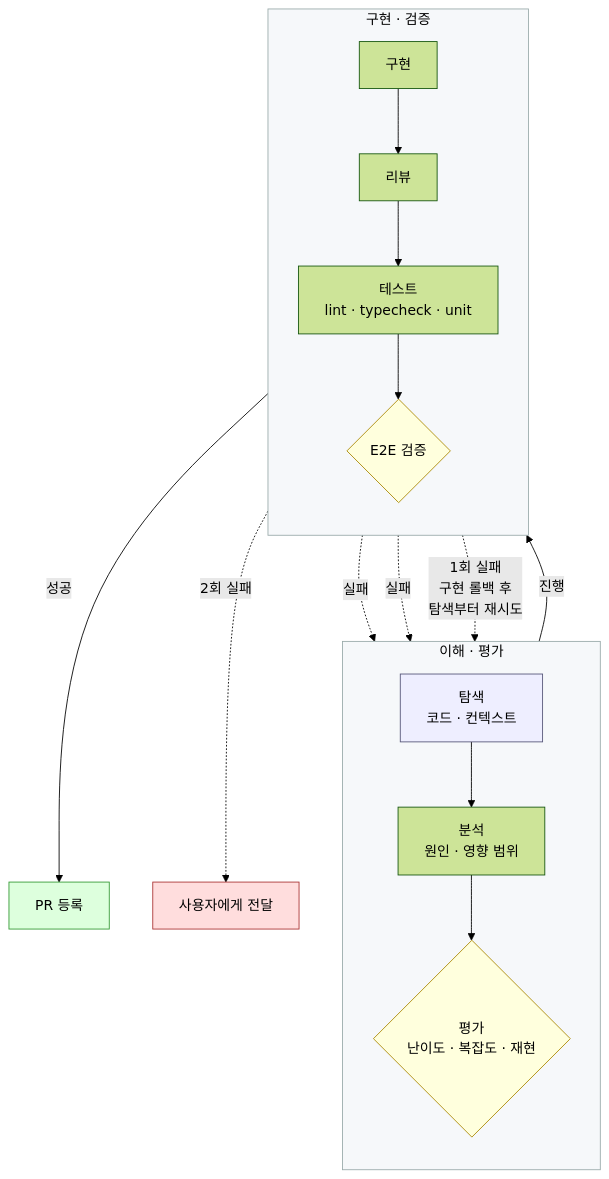
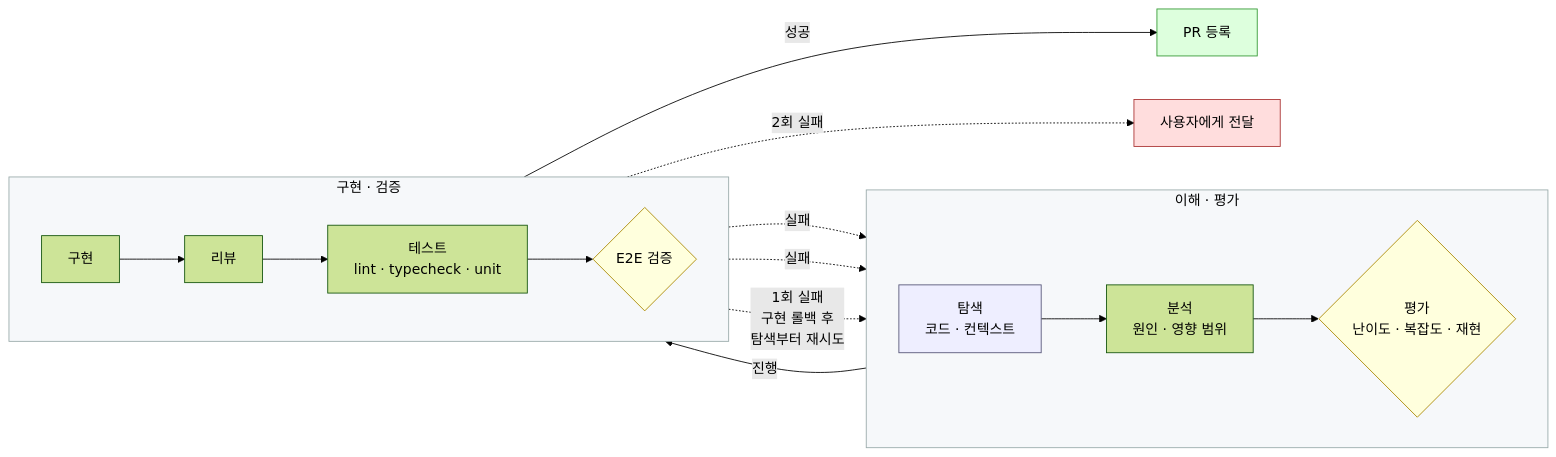
One commit to inchan/inchan changed the second of 4 diagrams in README.md. Above: the diagram before and after it, drawn with Mermaid (forest theme). The commit also changed other lines of this file, not shown here.

````diff
--- a/README.md
+++ b/README.md
@@ -107,34 +109,34 @@
 ```mermaid
-flowchart TD
+flowchart LR
     subgraph G1["이해 · 평가"]
-        direction TB
+        direction LR
         C1[탐색<br/>코드 · 컨텍스트] --> C2[분석<br/>원인 · 영향 범위]
         C2 --> C3{평가<br/>난이도 · 복잡도 · 재현}
     end
 
     subgraph G2["구현 · 검증"]
-        direction TB
+        direction LR
         D1[구현] --> D2[리뷰]
         D2 --> D3[테스트<br/>lint · typecheck · unit]
         D3 --> D4{E2E 검증}
     end
 
     C3 -->|진행| D1
     D4 -->|성공| E1[PR 등록]
 
     D2 -.실패.-> C1
     D3 -.실패.-> C1
     D4 -.1회 실패<br/>구현 롤백 후<br/>탐색부터 재시도.-> C1
     D4 -.2회 실패.-> X[사용자에게 전달]
 
     classDef start fill:#eef,stroke:#557,color:#000
     classDef gate  fill:#ffd,stroke:#a80,color:#000
     classDef done  fill:#dfd,stroke:#393,color:#000
     classDef fail  fill:#fdd,stroke:#a33,color:#000
     classDef stage fill:#f6f8fa,stroke:#9aa,color:#000
     class C1 start
     class C3,D4 gate
     class E1 done
     class X fail
     class G1,G2 stage
 ```
````
